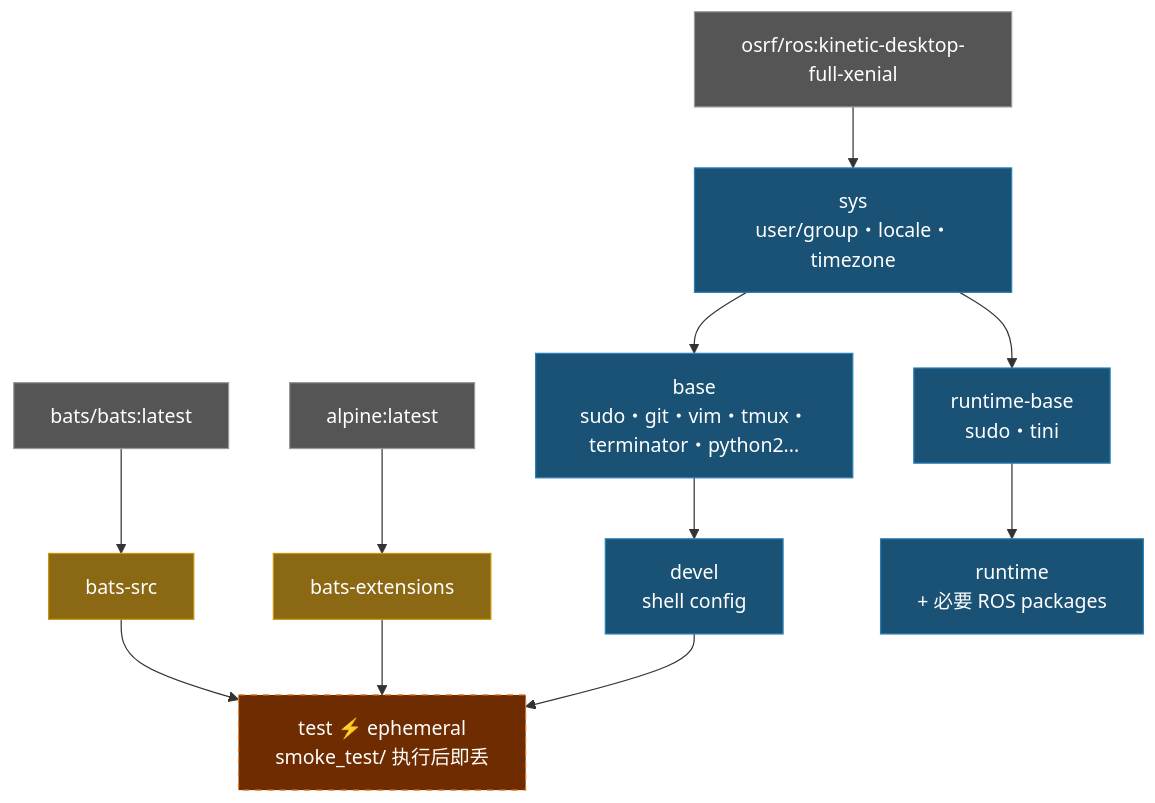
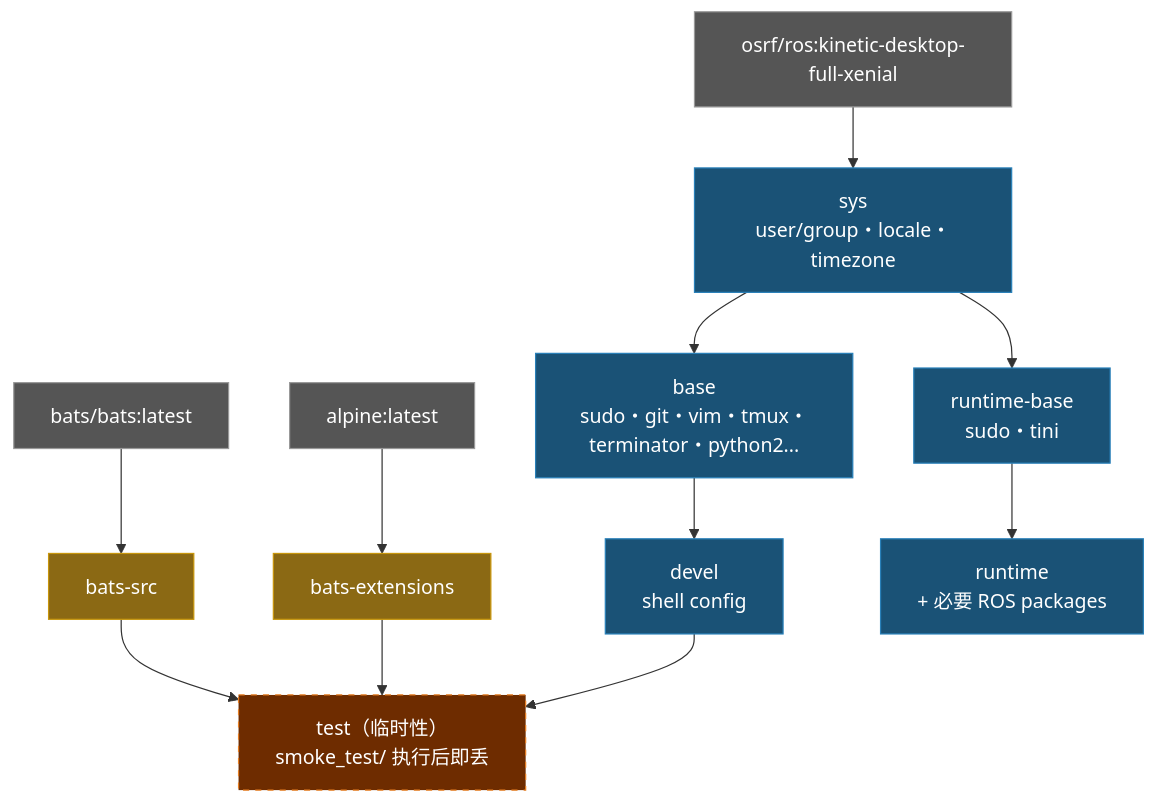
One commit to ycpss91255-docker/osrf_ros_kinetic changed the diagram in doc/README.zh-CN.md. Above: the diagram before and after it, drawn with Mermaid. The commit also changed 3 other files, not shown here.

Commit message:
docs: remove ⚡ emoji and translate ephemeral in architecture diagrams

````diff
--- a/doc/README.zh-CN.md
+++ b/doc/README.zh-CN.md
@@ -235,26 +235,26 @@
 ```mermaid
 graph TD
     EXT1["bats/bats:latest"]:::external
     EXT2["alpine:latest"]:::external
     EXT3["osrf/ros:kinetic-desktop-full-xenial"]:::external
 
     EXT1 --> bats-src["bats-src"]:::tool
     EXT2 --> bats-ext["bats-extensions"]:::tool
 
     EXT3 --> sys["sys\nuser/group・locale・timezone"]:::stage
 
     sys --> base["base\nsudo・git・vim・tmux・terminator・python2..."]:::stage
     base --> devel["devel\nshell config"]:::stage
 
-    bats-src --> test["test  ⚡ ephemeral\nsmoke_test/ 执行后即丢"]:::ephemeral
+    bats-src --> test["test（临时性）\nsmoke_test/ 执行后即丢"]:::ephemeral
     bats-ext --> test
     devel --> test
 
     sys --> runtime-base["runtime-base\nsudo・tini"]:::stage
     runtime-base --> runtime["runtime\n+ 必要 ROS packages"]:::stage
 
     classDef external fill:#555,color:#fff,stroke:#999
     classDef tool fill:#8B6914,color:#fff,stroke:#c8960c
     classDef stage fill:#1a5276,color:#fff,stroke:#2980b9
     classDef ephemeral fill:#6e2c00,color:#fff,stroke:#e67e22,stroke-dasharray:5 5
 ```
````
